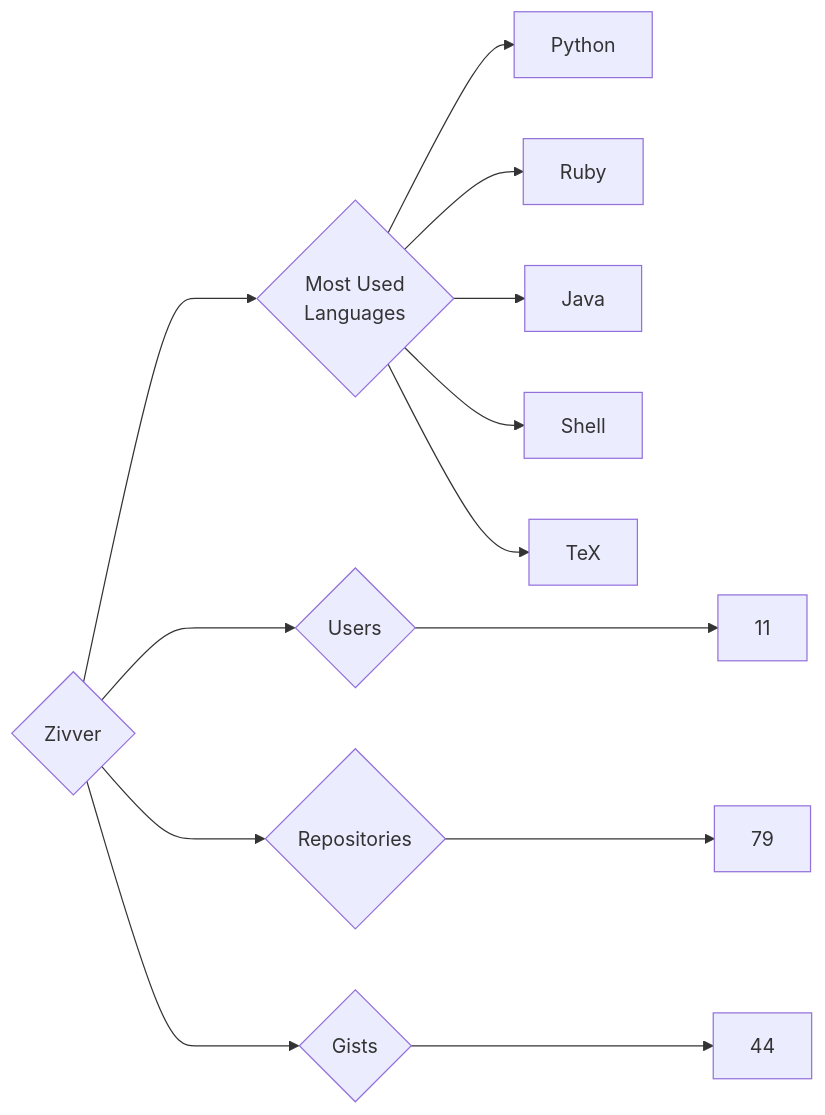
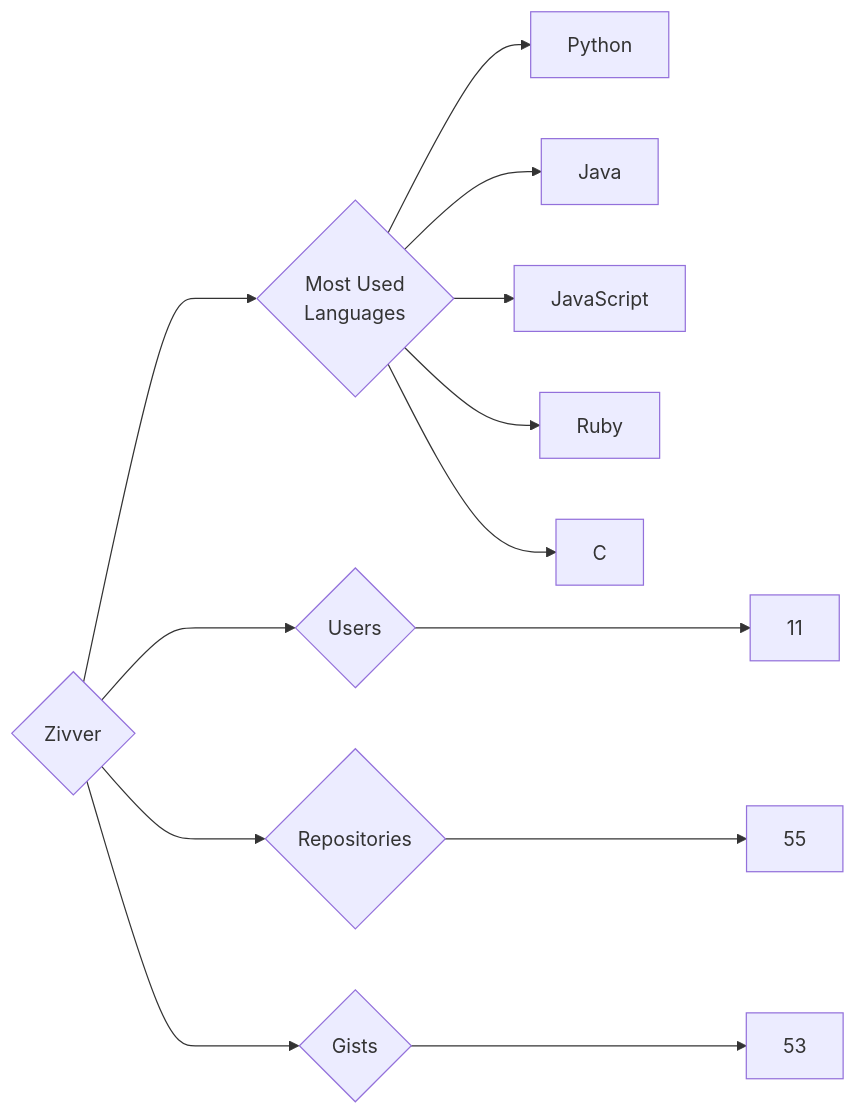
The diagram in targets/Zivver/README.md (trickest/insiders), drawn with Mermaid before and after one commit. The commit also changed 969 other files, not shown here.

````diff
--- a/targets/Zivver/README.md
+++ b/targets/Zivver/README.md
@@ -3,13 +3,13 @@
 ```mermaid
 graph LR
 COMPANY_NAME{Zivver}
 COMPANY_NAME ---> U{Users} ---> UN[11]
-COMPANY_NAME ---> R{Repositories} ---> RN[79]
-COMPANY_NAME ---> G{Gists} ---> GN[44]
+COMPANY_NAME ---> R{Repositories} ---> RN[55]
+COMPANY_NAME ---> G{Gists} ---> GN[53]
 COMPANY_NAME ---> ML{Most Used<br>Languages}
 ML --> Python[Python]
+ML --> Java[Java]
+ML --> JavaScript[JavaScript]
 ML --> Ruby[Ruby]
-ML --> Java[Java]
-ML --> Shell[Shell]
-ML --> TeX[TeX]
+ML --> C[C]
 ```
````
